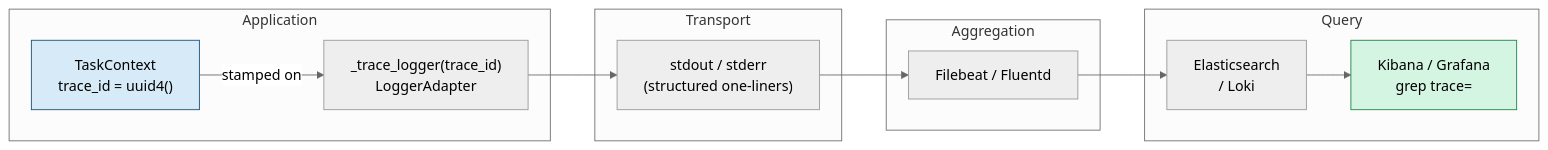
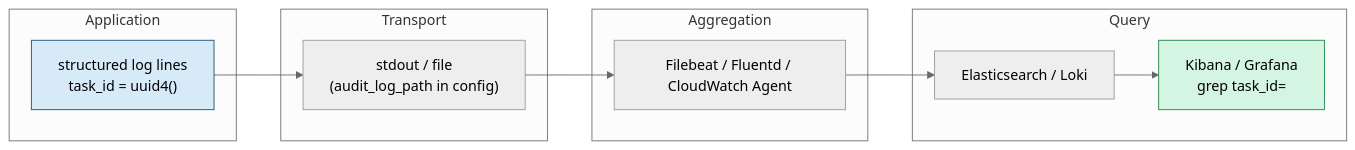
One commit to citizen204/cloud-ops-ai-agent changed the sixth of 7 diagrams in README.md. Above: the diagram before and after it, drawn with Mermaid (neutral theme). The commit also changed other lines of this file and 2 other files, not shown here.

````diff
--- a/README.md
+++ b/README.md
@@ -338,27 +332,21 @@
 ```mermaid
 graph LR
     subgraph Application
-        TC["TaskContext\ntrace_id = uuid4()"]
-        LOG["_trace_logger(trace_id)\nLoggerAdapter"]
-        TC -->|stamped on| LOG
+        LOG["structured log lines\ntask_id = uuid4()"]
     end
-
     subgraph Transport
-        STDOUT["stdout / stderr\n(structured one-liners)"]
+        STDOUT["stdout / file\n(audit_log_path in config)"]
         LOG --> STDOUT
     end
-
     subgraph Aggregation
-        FB["Filebeat / Fluentd"]
+        FB["Filebeat / Fluentd / CloudWatch Agent"]
         STDOUT --> FB
     end
-
     subgraph Query
-        ES["Elasticsearch\n/ Loki"]
-        KB["Kibana / Grafana\ngrep trace=<uuid>"]
+        ES["Elasticsearch / Loki"]
+        KB["Kibana / Grafana\ngrep task_id=<uuid>"]
         FB --> ES --> KB
     end
-
-    style TC fill:#D6EAF8,stroke:#1A5276
+    style LOG fill:#D6EAF8,stroke:#1A5276
     style KB fill:#D5F5E3,stroke:#1E8449
 ```
````
